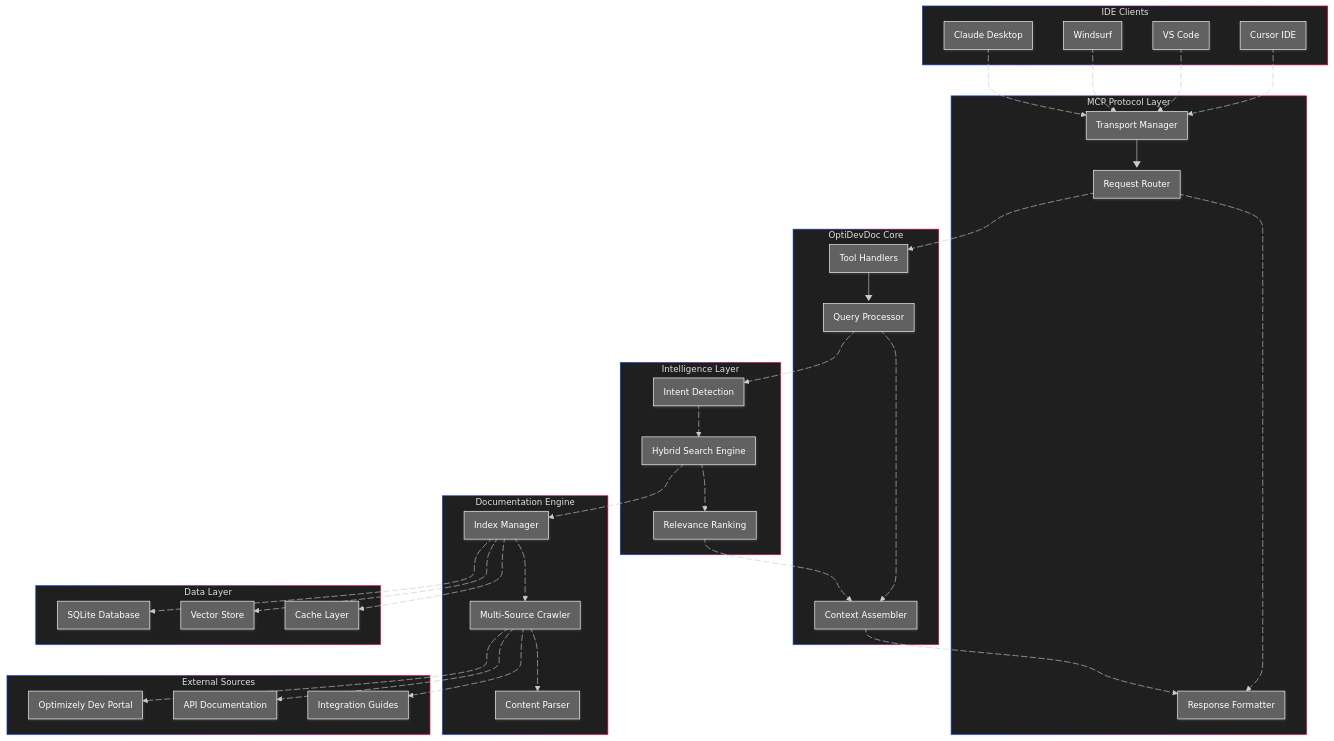
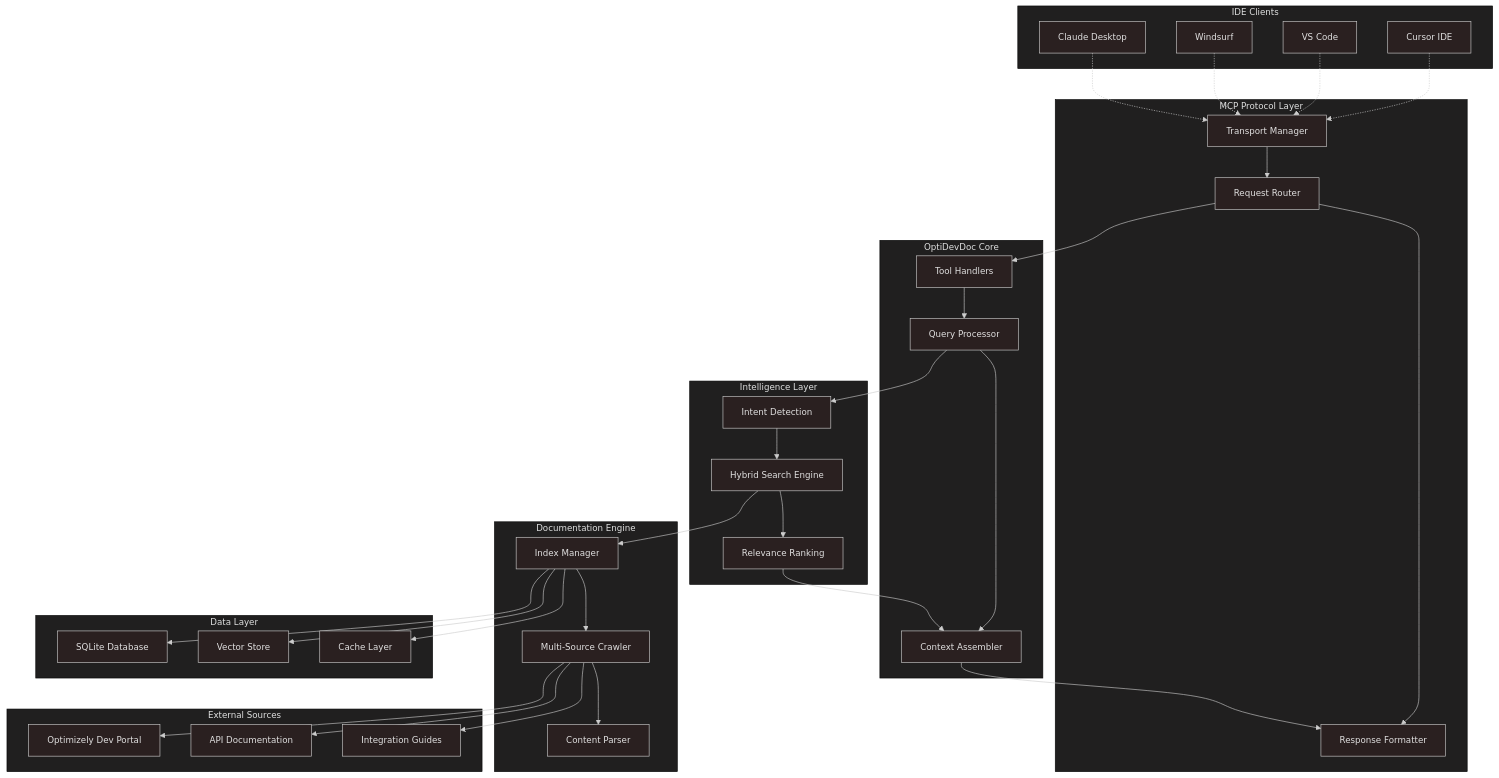
The diagram in assets/OptiDevDoc_Arch_2.mmd (biswajitpanday/Optivise), drawn with Mermaid before and after one commit. The commit also changed 8 other files, not shown here.

```diff
--- a/assets/OptiDevDoc_Arch_2.mmd
+++ b/assets/OptiDevDoc_Arch_2.mmd
@@ -1,103 +1,56 @@
 ---
 config:
-  layout: fixed
-  look: neo
   theme: neo-dark
+  layout: dagre
 ---
 flowchart TB
  subgraph subGraph0["IDE Clients"]
         A["Cursor IDE"]
         B["VS Code"]
         C["Windsurf"]
         D["Claude Desktop"]
   end
  subgraph subGraph1["MCP Protocol Layer"]
         E["Transport Manager"]
         F["Request Router"]
         G["Response Formatter"]
   end
  subgraph subGraph2["OptiDevDoc Core"]
         H["Tool Handlers"]
         I["Query Processor"]
         J["Context Assembler"]
   end
  subgraph subGraph3["Intelligence Layer"]
         K["Intent Detection"]
         L["Hybrid Search Engine"]
         M["Relevance Ranking"]
   end
  subgraph subGraph4["Documentation Engine"]
         N["Multi-Source Crawler"]
         O["Content Parser"]
         P["Index Manager"]
   end
  subgraph subGraph5["Data Layer"]
         Q["SQLite Database"]
         R["Vector Store"]
         S["Cache Layer"]
   end
  subgraph subGraph6["External Sources"]
         T["Optimizely Dev Portal"]
         U["API Documentation"]
         V["Integration Guides"]
   end
-    A L_A_E_0@-.-> E
-    B L_B_E_0@-.-> E
-    C L_C_E_0@-.-> E
-    D L_D_E_0@-.-> E
+    A -.-> E
+    B -.-> E
+    C -.-> E
+    D -.-> E
     E --> F
-    F L_F_G_0@--> G & H
+    F --> G & H
     H --> I
-    I L_I_J_0@--> J & K
-    K L_K_L_0@--> L
-    L L_L_M_0@--> M & P
-    M L_M_J_0@--> J
-    J L_J_G_0@--> G
-    P L_P_N_0@--> N & Q & R & S
-    N L_N_O_0@--> O & T & U & V
-     A:::node_style
-     B:::node_style
-     C:::node_style
-     D:::node_style
-     E:::node_style
-     F:::Sky
-     F:::node_style
-     G:::node_style
-     H:::node_style
-     I:::node_style
-     J:::node_style
-     K:::node_style
-     L:::node_style
-     M:::node_style
-     N:::node_style
-     O:::node_style
-     P:::node_style
-     Q:::node_style
-     R:::node_style
-     S:::node_style
-     T:::node_style
-     U:::node_style
-     V:::node_style
-    classDef Sky stroke-width:1px, stroke-dasharray:none, stroke:#374D7C, fill:#E2EBFF, color:#374D7C
-    classDef node_style fill:#616161, color:#FFFFFF, stroke:#FFFFFF
-    L_A_E_0@{ animation: slow } 
-    L_B_E_0@{ animation: slow } 
-    L_C_E_0@{ animation: slow } 
-    L_D_E_0@{ animation: slow } 
-    L_F_G_0@{ animation: slow } 
-    L_F_H_0@{ animation: slow } 
-    L_I_J_0@{ animation: slow } 
-    L_I_K_0@{ animation: slow } 
-    L_K_L_0@{ animation: slow } 
-    L_L_M_0@{ animation: slow } 
-    L_L_P_0@{ animation: slow } 
-    L_M_J_0@{ animation: slow } 
-    L_J_G_0@{ animation: slow } 
-    L_P_N_0@{ animation: slow } 
-    L_P_Q_0@{ animation: slow } 
-    L_P_R_0@{ animation: slow } 
-    L_P_S_0@{ animation: slow } 
-    L_N_O_0@{ animation: slow } 
-    L_N_T_0@{ animation: slow } 
-    L_N_U_0@{ animation: slow } 
-    L_N_V_0@{ animation: slow }
+    I --> J & K
+    K --> L
+    L --> M & P
+    M --> J
+    J --> G
+    P --> N & Q & R & S
+    N --> O & T & U & V
```
